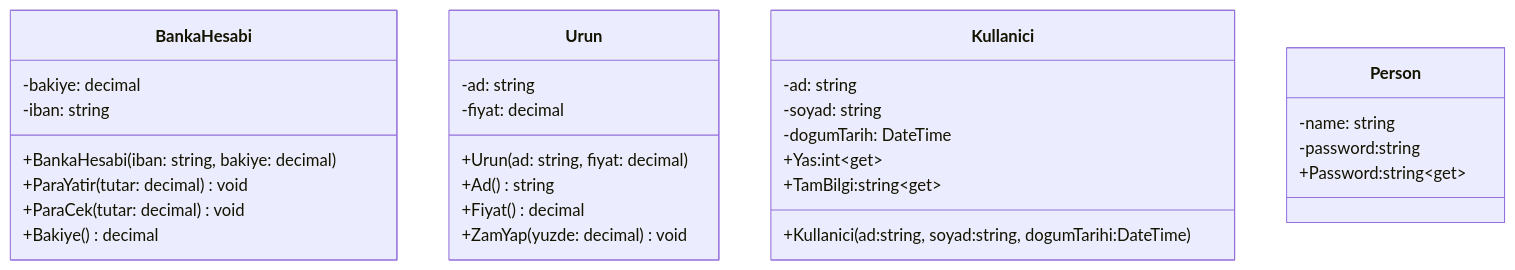
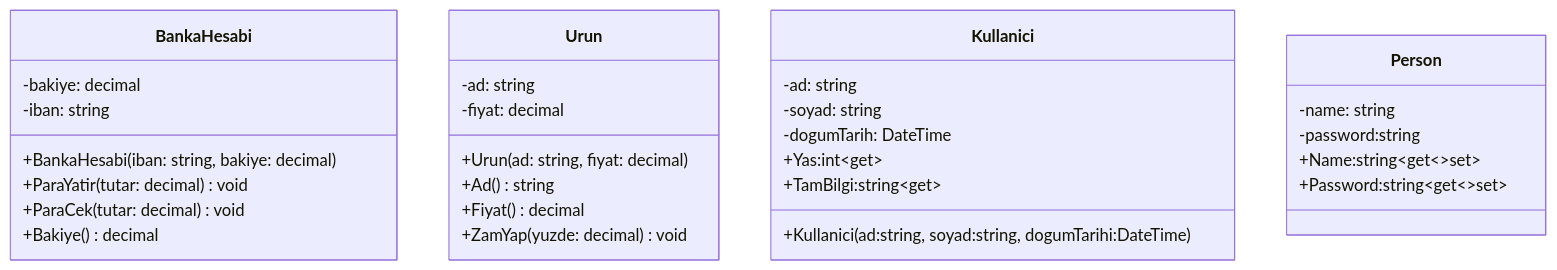
One commit to ibrahimayaz/Nesne-Yonelimli-Programlama-2025 changed the diagram in Hafta03/README.md. Above: the diagram before and after it, drawn with Mermaid.

Commit message:
Hafta03 Güncellendi

````diff
--- a/Hafta03/README.md
+++ b/Hafta03/README.md
@@ -10,37 +10,38 @@
 ```mermaid
 classDiagram
     class BankaHesabi {
       -bakiye: decimal
       -iban: string
       +BankaHesabi(iban: string, bakiye: decimal)
       +ParaYatir(tutar: decimal) void
       +ParaCek(tutar: decimal) void
       +Bakiye() decimal
     }
 
     class Urun {
       -ad: string
       -fiyat: decimal
       +Urun(ad: string, fiyat: decimal)
       +Ad() string
       +Fiyat() decimal
       +ZamYap(yuzde: decimal) void
     }
 
     class Kullanici {
       -ad: string
       -soyad: string
       -dogumTarih: DateTime
       +Yas:int~get~
       +TamBilgi:string~get~
       +Kullanici(ad:string, soyad:string, dogumTarihi:DateTime)
     }
  
 
     class Person {
       -name: string
       -password:string
-      +Password:string~get~
+      +Name:string~get~~set~
+      +Password:string~get~~set~
     }
     
 ```
````
